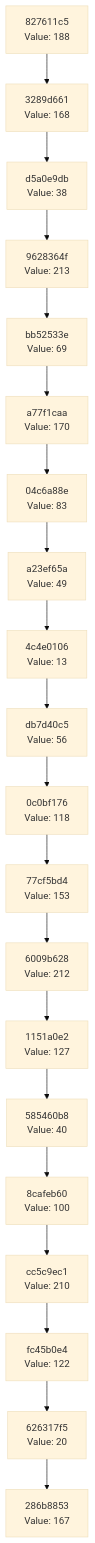
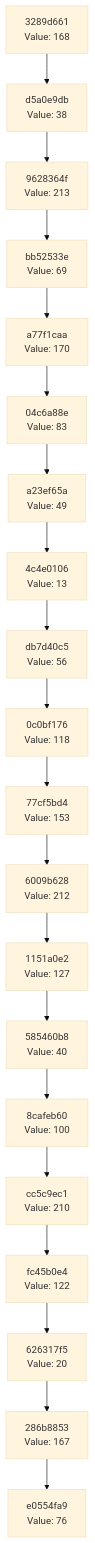
One commit to Abhisheksinha1506/hash-chain-evolver changed the diagram in docs/CHAIN_VISUALIZATION.md. Above: the diagram before and after it, drawn with Mermaid (base theme). The commit also changed 3 other files, not shown here.

````diff
--- a/docs/CHAIN_VISUALIZATION.md
+++ b/docs/CHAIN_VISUALIZATION.md
@@ -3,42 +3,42 @@
 ```mermaid
 graph TD
-    C0["286b8853<br/>Value: 167"]
-    C1["626317f5<br/>Value: 20"]
+    C0["e0554fa9<br/>Value: 76"]
+    C1["286b8853<br/>Value: 167"]
     C1 --> C0
-    C2["fc45b0e4<br/>Value: 122"]
+    C2["626317f5<br/>Value: 20"]
     C2 --> C1
-    C3["cc5c9ec1<br/>Value: 210"]
+    C3["fc45b0e4<br/>Value: 122"]
     C3 --> C2
-    C4["8cafeb60<br/>Value: 100"]
+    C4["cc5c9ec1<br/>Value: 210"]
     C4 --> C3
-    C5["585460b8<br/>Value: 40"]
+    C5["8cafeb60<br/>Value: 100"]
     C5 --> C4
-    C6["1151a0e2<br/>Value: 127"]
+    C6["585460b8<br/>Value: 40"]
     C6 --> C5
-    C7["6009b628<br/>Value: 212"]
+    C7["1151a0e2<br/>Value: 127"]
     C7 --> C6
-    C8["77cf5bd4<br/>Value: 153"]
+    C8["6009b628<br/>Value: 212"]
     C8 --> C7
-    C9["0c0bf176<br/>Value: 118"]
+    C9["77cf5bd4<br/>Value: 153"]
     C9 --> C8
-    C10["db7d40c5<br/>Value: 56"]
+    C10["0c0bf176<br/>Value: 118"]
     C10 --> C9
-    C11["4c4e0106<br/>Value: 13"]
+    C11["db7d40c5<br/>Value: 56"]
     C11 --> C10
-    C12["a23ef65a<br/>Value: 49"]
+    C12["4c4e0106<br/>Value: 13"]
     C12 --> C11
-    C13["04c6a88e<br/>Value: 83"]
+    C13["a23ef65a<br/>Value: 49"]
     C13 --> C12
-    C14["a77f1caa<br/>Value: 170"]
+    C14["04c6a88e<br/>Value: 83"]
     C14 --> C13
-    C15["bb52533e<br/>Value: 69"]
+    C15["a77f1caa<br/>Value: 170"]
     C15 --> C14
-    C16["9628364f<br/>Value: 213"]
+    C16["bb52533e<br/>Value: 69"]
     C16 --> C15
-    C17["d5a0e9db<br/>Value: 38"]
+    C17["9628364f<br/>Value: 213"]
     C17 --> C16
-    C18["3289d661<br/>Value: 168"]
+    C18["d5a0e9db<br/>Value: 38"]
     C18 --> C17
-    C19["827611c5<br/>Value: 188"]
+    C19["3289d661<br/>Value: 168"]
     C19 --> C18
 ```
````
